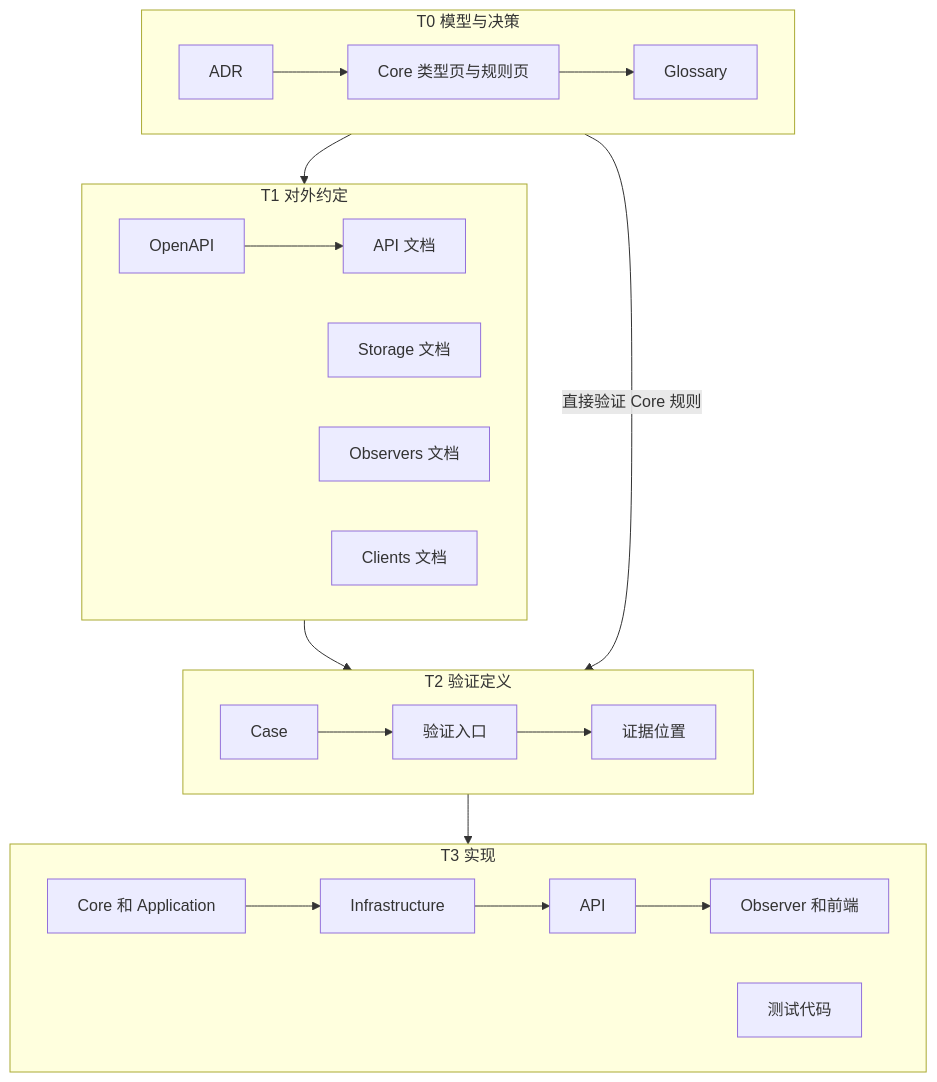
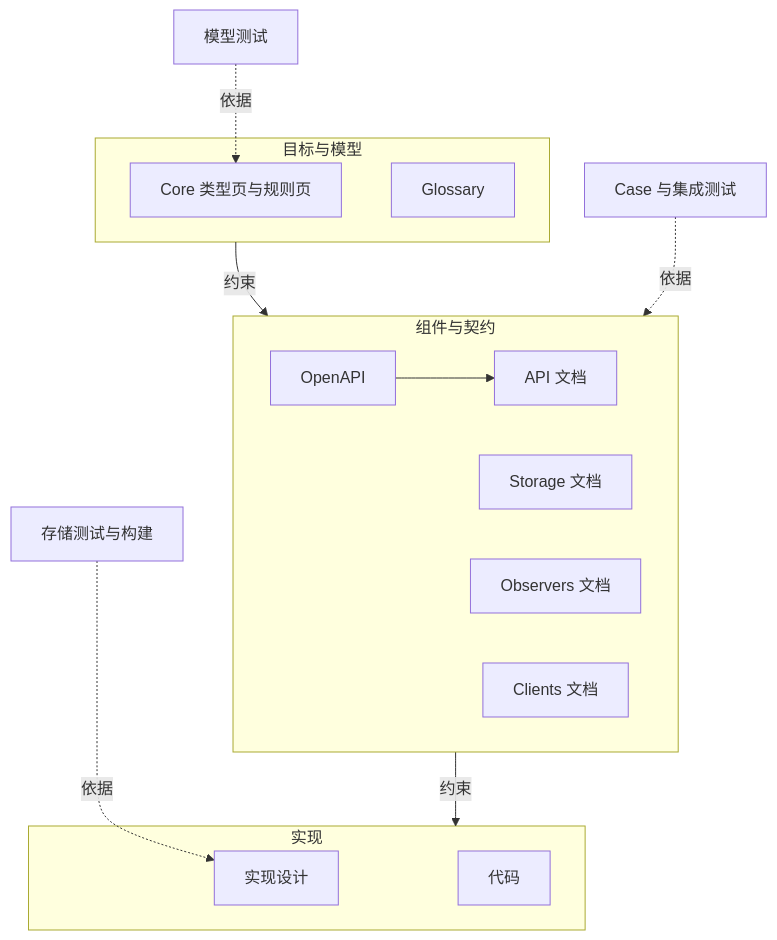
The first of 2 diagrams in src/Docs/Orisumi.Docs/content/docs/adr/documentation-authority.mdx (shenxianovo/Heartbeat), drawn with Mermaid before and after one commit. The commit also changed other lines of this file and 8 other files, not shown here.

````diff
--- a/src/Docs/Orisumi.Docs/content/docs/adr/documentation-authority.mdx
+++ b/src/Docs/Orisumi.Docs/content/docs/adr/documentation-authority.mdx
@@ -78,25 +127,25 @@
 ```mermaid
 flowchart TD
-  subgraph T0[T0 模型与决策]
-    ADR[ADR] --> CORE[Core 类型页与规则页] --> GLO[Glossary]
+  subgraph L1[目标与模型]
+    CORE[Core 类型页与规则页]
+    GLO[Glossary]
   end
 
-  subgraph T1[T1 对外约定]
+  subgraph L2[组件与契约]
     OAS[OpenAPI] --> APIDOC[API 文档]
     STO[Storage 文档]
     OBS[Observers 文档]
     CLI[Clients 文档]
   end
 
-  subgraph T2[T2 验证定义]
-    CASE[Case] --> ENTRY[验证入口] --> EVID[证据位置]
+  subgraph L3[实现]
+    IMPL[实现设计]
+    CODE[代码]
   end
 
-  subgraph T3[T3 实现]
-    C3[Core 和 Application] --> I3[Infrastructure] --> A3[API] --> O3[Observer 和前端]
-    TEST[测试代码]
-  end
+  L1 -->|约束| L2 -->|约束| L3
 
-  T0 --> T1 --> T2 --> T3
-  T0 -->|直接验证 Core 规则| T2
+  MT[模型测试] -.->|依据| CORE
+  CASE[Case 与集成测试] -.->|依据| L2
+  CHK[存储测试与构建] -.->|依据| IMPL
 ```
````
